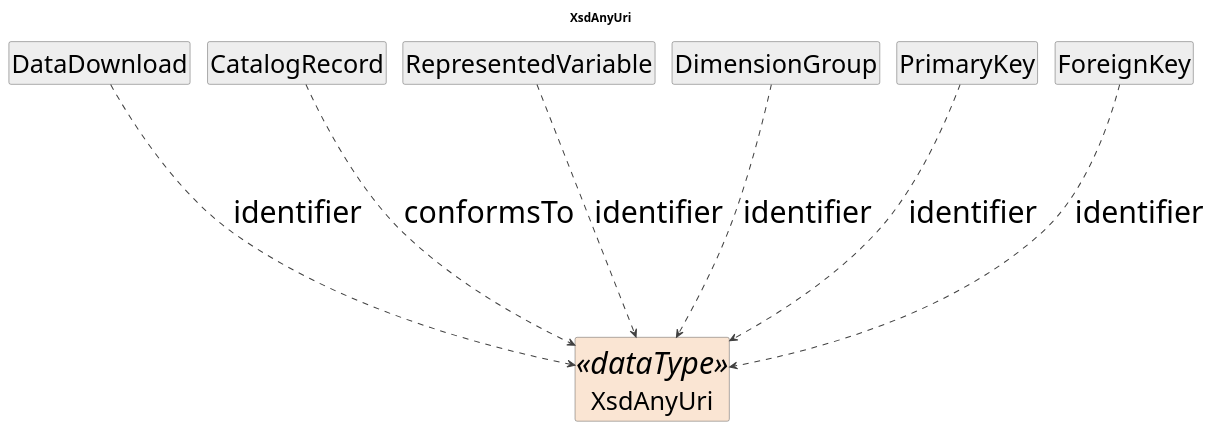
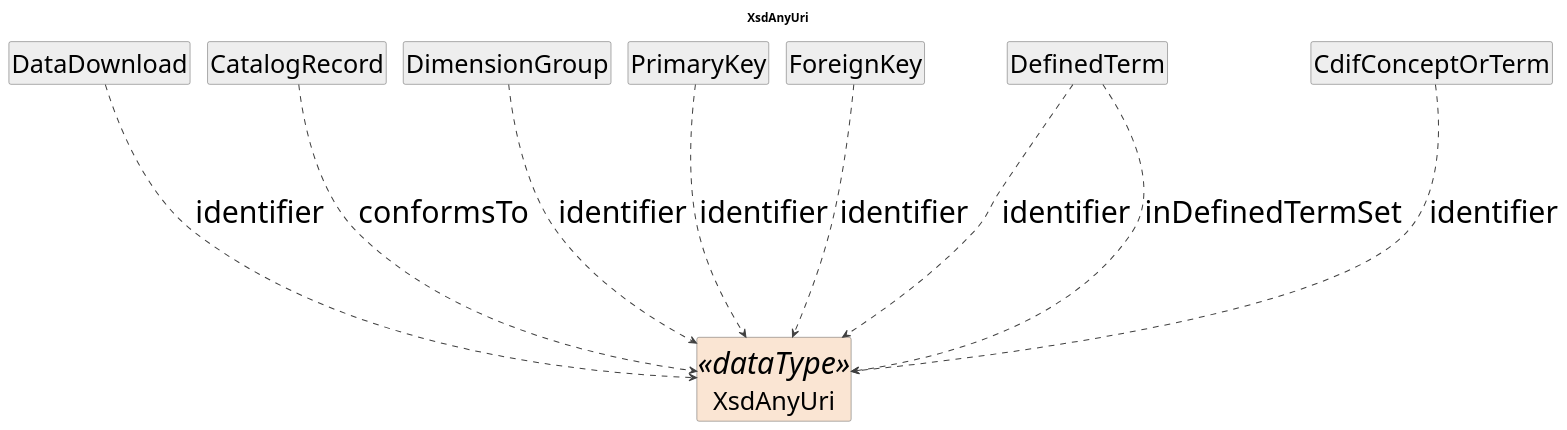
Before and after one commit to Cross-Domain-Interoperability-Framework/metadataBuildingBlocks: the diagram in cdif-uml-model/CDIFDataStructure/DataTypes/XsdAnyUri.pu, drawn with PlantUML. The commit also changed 500 other files, not shown here.

```diff
--- a/cdif-uml-model/CDIFDataStructure/DataTypes/XsdAnyUri.pu
+++ b/cdif-uml-model/CDIFDataStructure/DataTypes/XsdAnyUri.pu
@@ -1,31 +1,34 @@
 @startuml
 title XsdAnyUri
 hide circle
 hide empty members
 skinparam shadowing false
 skinparam ArrowThickness 1.2
 skinparam ranksep 250
 skinparam nodesep 20
 skinparam defaultFontSize 36
 skinparam class {
   ArrowColor #404040
   BorderColor #404040
   FontSize 36
   AttributeFontSize 30
 }
 
 class "XsdAnyUri" as XsdAnyUri <<dataType>> #FAE5D3
 class "DataDownload" as DataDownload #EEEEEE
 DataDownload ..> XsdAnyUri : identifier
 class "CatalogRecord" as CatalogRecord #EEEEEE
 CatalogRecord ..> XsdAnyUri : conformsTo
-class "RepresentedVariable" as RepresentedVariable #EEEEEE
-RepresentedVariable ..> XsdAnyUri : identifier
 class "DimensionGroup" as DimensionGroup #EEEEEE
 DimensionGroup ..> XsdAnyUri : identifier
 class "PrimaryKey" as PrimaryKey #EEEEEE
 PrimaryKey ..> XsdAnyUri : identifier
 class "ForeignKey" as ForeignKey #EEEEEE
 ForeignKey ..> XsdAnyUri : identifier
+class "DefinedTerm" as DefinedTerm #EEEEEE
+DefinedTerm ..> XsdAnyUri : identifier
+DefinedTerm ..> XsdAnyUri : inDefinedTermSet
+class "CdifConceptOrTerm" as CdifConceptOrTerm #EEEEEE
+CdifConceptOrTerm ..> XsdAnyUri : identifier
 
 @enduml
```
